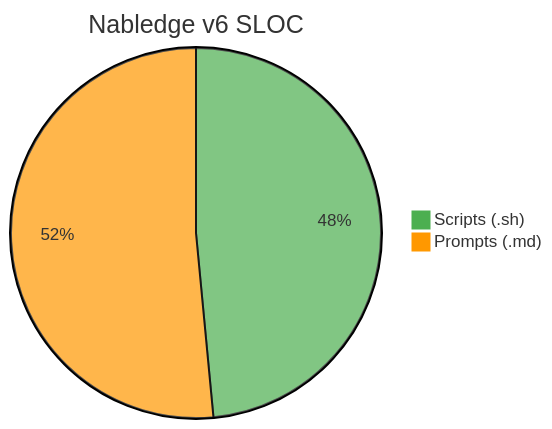
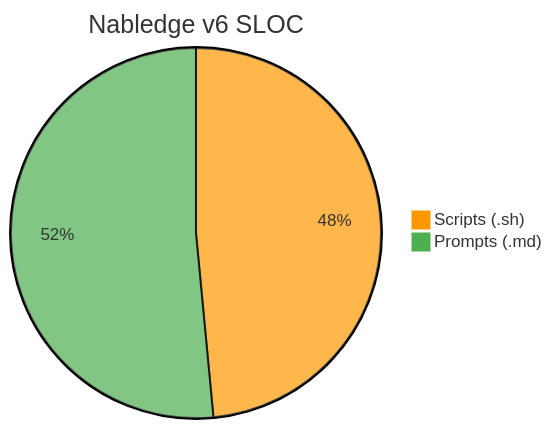
Before and after one commit to nablarch/nabledge-dev: the third of 4 diagrams in .pr/00301/mermaid-color-test.md, drawn with Mermaid.

Commit message:
docs: swap v6 pie colors to verify size-based color assignment

````diff
--- a/.pr/00301/mermaid-color-test.md
+++ b/.pr/00301/mermaid-color-test.md
@@ -24,6 +24,6 @@
 ```mermaid
-%%{init: {'theme': 'base', 'themeVariables': {'pie1': '#4CAF50', 'pie2': '#FF9800'}}}%%
+%%{init: {'theme': 'base', 'themeVariables': {'pie1': '#FF9800', 'pie2': '#4CAF50'}}}%%
 pie title Nabledge v6 SLOC
   "Scripts (.sh)" : 951
   "Prompts (.md)" : 1010
 ```
````
